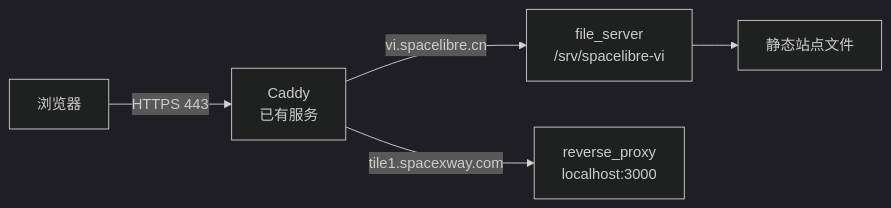
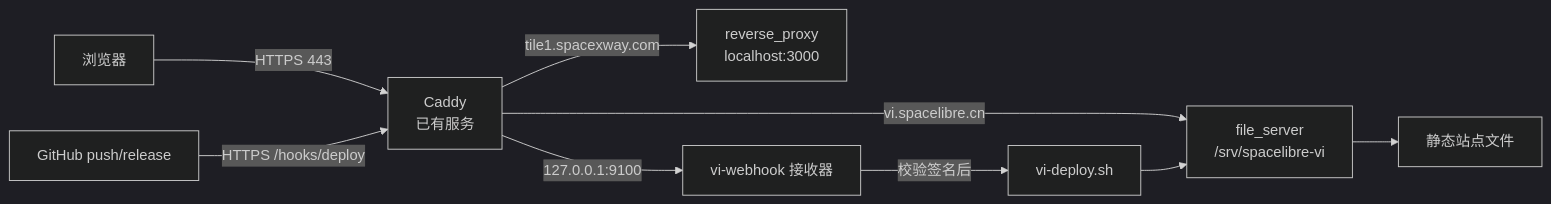
Before and after one commit to spacelibres/vi: the first of 2 diagrams in deploy/README.md, drawn with Mermaid (dark theme). The commit also changed other lines of this file and 3 other files, not shown here.

Commit message:
feat(deploy): GitHub Webhook 自动部署（接收器 + Caddy 路由）

````diff
--- a/deploy/README.md
+++ b/deploy/README.md
@@ -20,7 +20,11 @@
 ```mermaid
 flowchart LR
     U[浏览器] -->|HTTPS 443| C[Caddy<br/>已有服务]
     C -->|vi.spacelibre.cn| F[file_server<br/>/srv/spacelibre-vi]
     C -->|tile1.spacexway.com| P[reverse_proxy<br/>localhost:3000]
     F --> S[静态站点文件]
+    G[GitHub push/release] -->|HTTPS /hooks/deploy| C
+    C -->|127.0.0.1:9100| W[vi-webhook 接收器]
+    W -->|校验签名后| D[vi-deploy.sh]
+    D --> F
 ```
````
